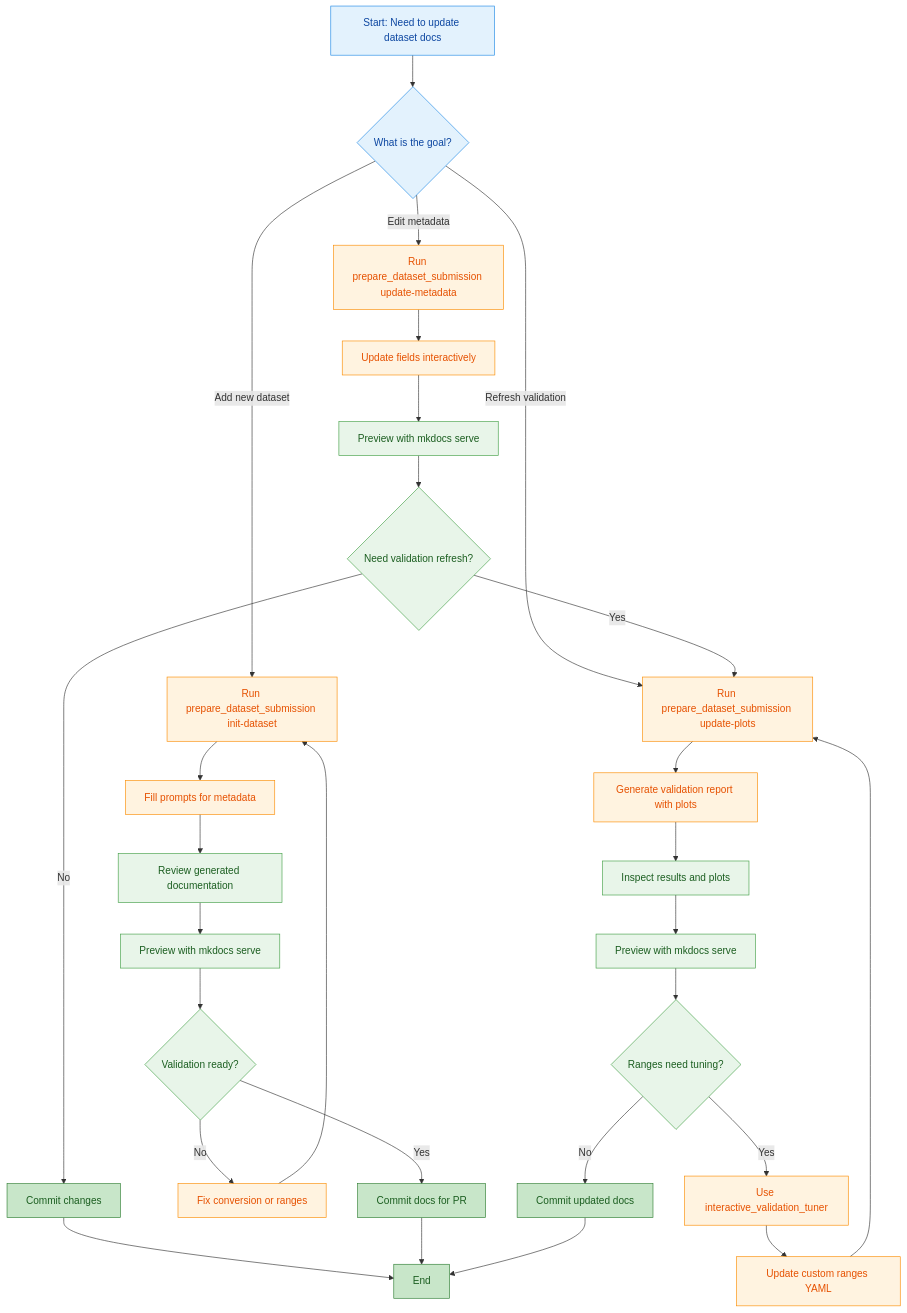
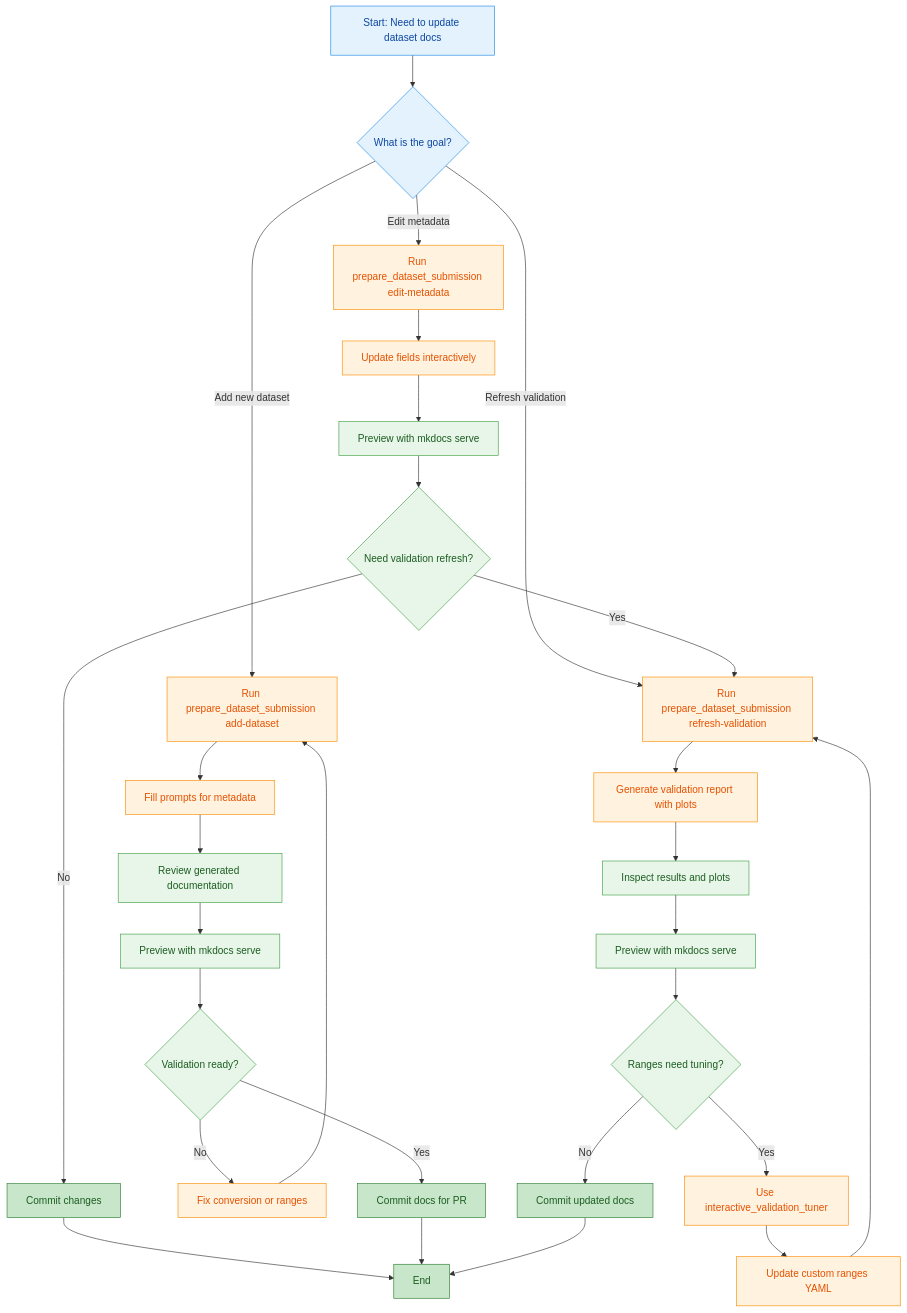
One commit to jmontp/LocoHub changed the third of 4 diagrams in docs/contributing/index.md. Above: the diagram before and after it, drawn with Mermaid. The commit also changed other lines of this file, not shown here.

````diff
--- a/docs/contributing/index.md
+++ b/docs/contributing/index.md
@@ -451,44 +455,44 @@
 ```mermaid
 graph TD
     A[Start: Need to update dataset docs] --> B{What is the goal?}
-    B -->|Add new dataset| C1[Run prepare_dataset_submission init-dataset]
+    B -->|Add new dataset| C1[Run prepare_dataset_submission add-dataset]
     C1 --> C2[Fill prompts for metadata]
     C2 --> C3[Review generated documentation]
     C3 --> C3a[Preview with mkdocs serve]
     C3a --> C4{Validation ready?}
     C4 -->|Yes| C5[Commit docs for PR]
     C4 -->|No| C6[Fix conversion or ranges]
     C6 --> C1
 
-    B -->|Refresh validation| E1[Run prepare_dataset_submission update-plots]
+    B -->|Refresh validation| E1[Run prepare_dataset_submission refresh-validation]
     E1 --> E2[Generate validation report with plots]
     E2 --> E3[Inspect results and plots]
     E3 --> E3a[Preview with mkdocs serve]
     E3a --> E4{Ranges need tuning?}
     E4 -->|Yes| E5[Use interactive_validation_tuner]
     E5 --> E6[Update custom ranges YAML]
     E6 --> E1
     E4 -->|No| E7[Commit updated docs]
 
-    B -->|Edit metadata| D1[Run prepare_dataset_submission update-metadata]
+    B -->|Edit metadata| D1[Run prepare_dataset_submission edit-metadata]
     D1 --> D2[Update fields interactively]
     D2 --> D2a[Preview with mkdocs serve]
     D2a --> D3{Need validation refresh?}
     D3 -->|Yes| E1
     D3 -->|No| D5[Commit changes]
 
     D5 --> G[End]
     C5 --> G
     E7 --> G
 
     classDef intake fill:#e3f2fd,stroke:#1e88e5,color:#0d47a1
     classDef standard fill:#fff3e0,stroke:#fb8c00,color:#e65100
     classDef qa fill:#e8f5e9,stroke:#43a047,color:#1b5e20
     classDef share fill:#c8e6c9,stroke:#2e7d32,color:#1b5e20
 
     class A,B intake
     class C1,C2,C6,D1,D2,E1,E2,E5,E6 standard
     class C3,C3a,D2a,E3,E3a qa
     class C4,D3,E4 qa
     class C5,D5,E7,G share
 ```
````
